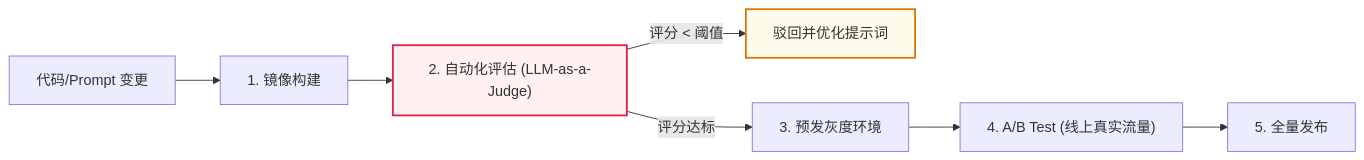
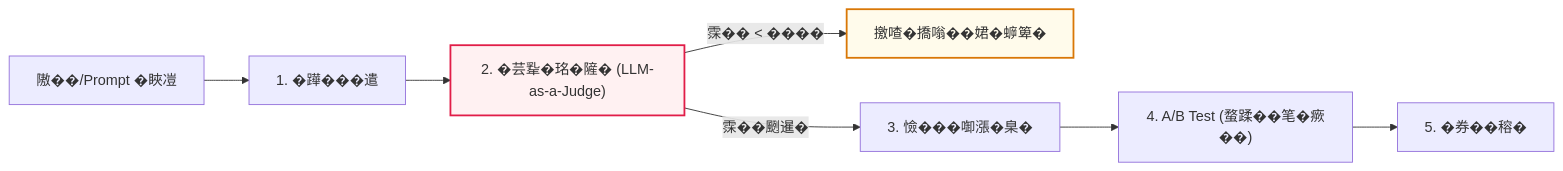
Diagram 16 of 16 in doc/AI_Knowledge_Roadmap.md (wangchong2023/lang-chain-graph), drawn with Mermaid before and after one commit. The commit also changed other lines of this file, not shown here.

Commit message:
docs: update AI knowledge roadmap with new learning milestones

````diff
--- a/doc/AI_Knowledge_Roadmap.md
+++ b/doc/AI_Knowledge_Roadmap.md
@@ -1285,12 +1312,12 @@
 ```mermaid
 graph LR
-    Code["代码/Prompt 变更"] --> Build["1. 镜像构建"]
-    Build --> Eval["2. 自动化评估 (LLM-as-a-Judge)"]
-    Eval -- "评分 < 阈值" --> Rebuild["驳回并优化提示词"]
-    Eval -- "评分达标" --> PreProd["3. 预发灰度环境"]
-    PreProd --> A_B["4. A/B Test (线上真实流量)"]
-    A_B --> Release["5. 全量发布"]
+    Code["隞��/Prompt �䀹凒"] --> Build["1. �𨅯���遣"]
+    Build --> Eval["2. �芸𢆡�𤥁�隡� (LLM-as-a-Judge)"]
+    Eval -- "霂�� < ����" --> Rebuild["撽喳�撟嗡��𡝗�蝷箄�"]
+    Eval -- "霂��颲暹�" --> PreProd["3. 憸���啣漲�臬�"]
+    PreProd --> A_B["4. A/B Test (蝥蹂��笔�瘚��)"]
+    A_B --> Release["5. �券��穃�"]
 
     style Eval fill:#fff1f2,stroke:#e11d48,stroke-width:2px
     style Rebuild fill:#fffbeb,stroke:#d97706,stroke-width:2px
 ```
````
